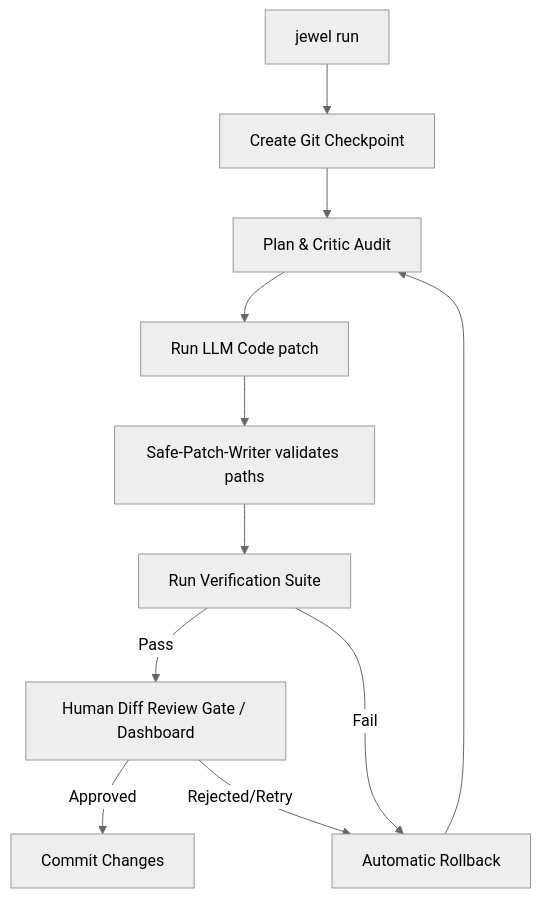
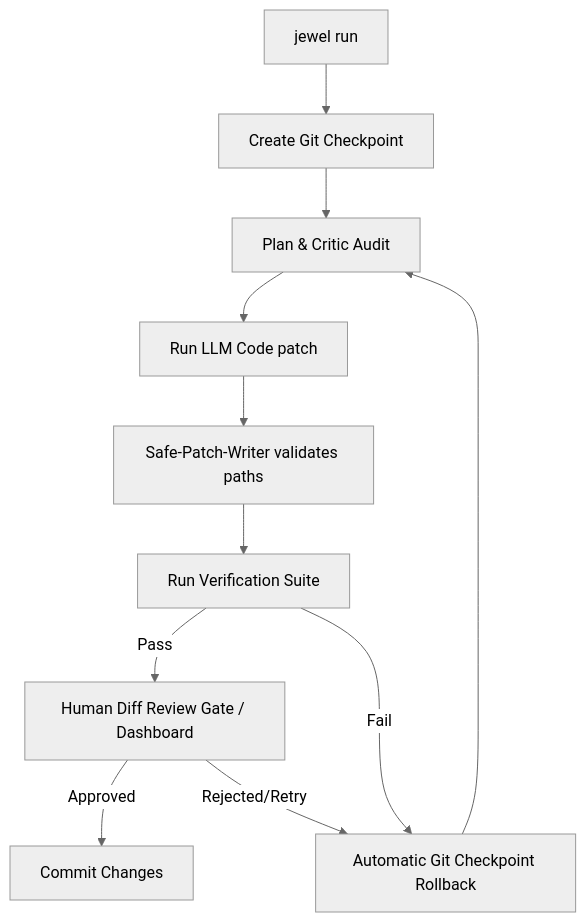
Before and after one commit to vinoth2vinoth/Jewel: the diagram in README.md, drawn with Mermaid (neutral theme). The commit also changed other lines of this file, not shown here.

Commit message:
docs: optimize README.md tagline and content headers for GitHub and search engine visibility

````diff
--- a/README.md
+++ b/README.md
@@ -68,13 +72,13 @@
 ```mermaid
 graph TD
     A[jewel run] --> B[Create Git Checkpoint]
     B --> C[Plan & Critic Audit]
     C --> D[Run LLM Code patch]
     D --> E[Safe-Patch-Writer validates paths]
     E --> F[Run Verification Suite]
     F -- Pass --> G[Human Diff Review Gate / Dashboard]
-    F -- Fail --> H[Automatic Rollback]
+    F -- Fail --> H[Automatic Git Checkpoint Rollback]
     G -- Approved --> I[Commit Changes]
     G -- Rejected/Retry --> H
     H --> C
 ```
````
